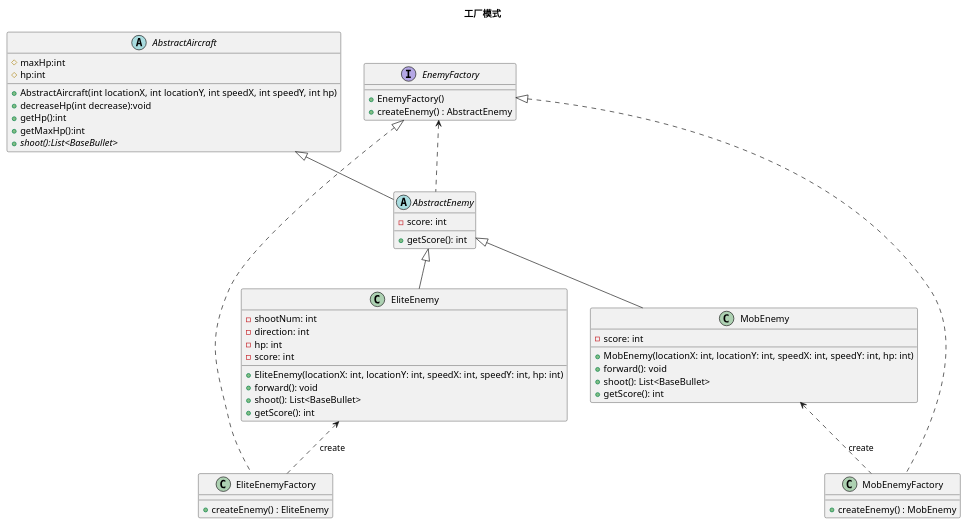
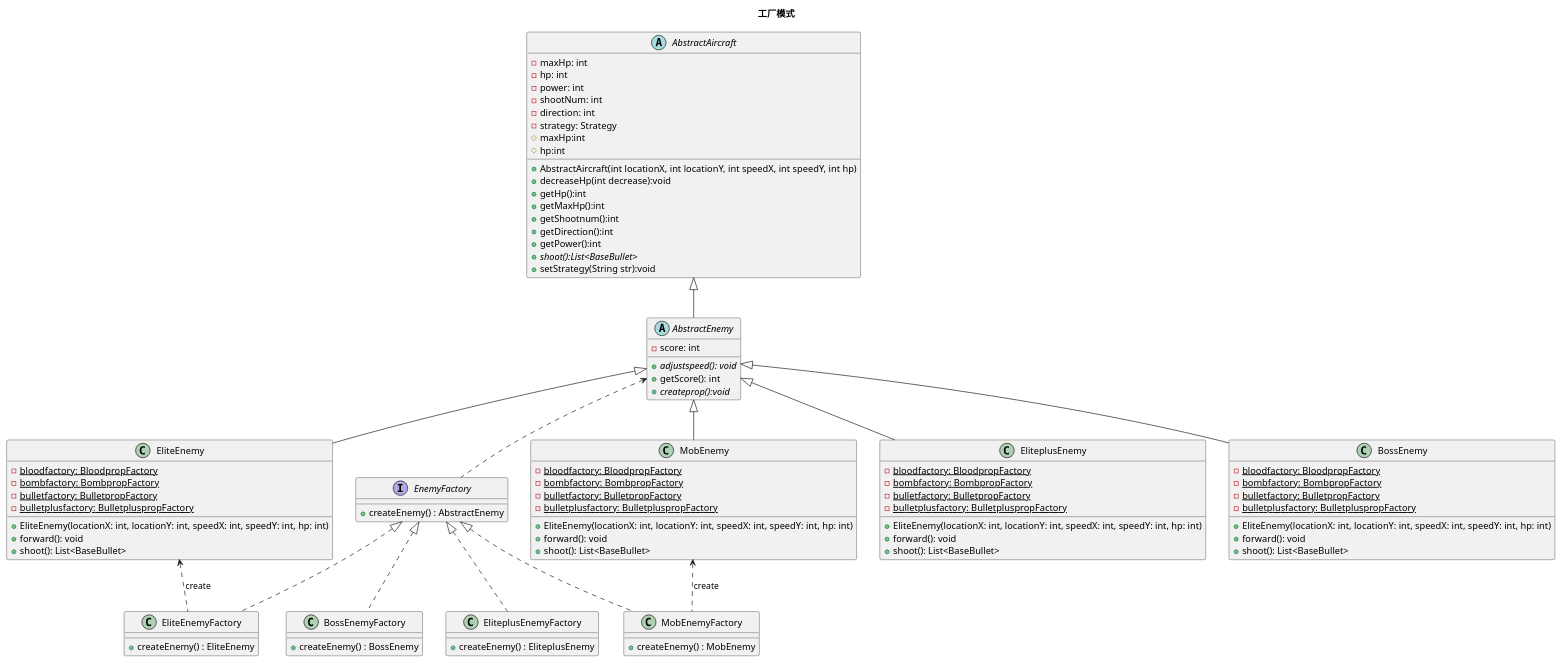
One commit to jangyicheng/Java-wargame changed the diagram in uml/enemyfactory.puml. Above: the diagram before and after it, drawn with PlantUML. The commit also changed 33 other files, not shown here.

```diff
--- a/uml/enemyfactory.puml
+++ b/uml/enemyfactory.puml
@@ -1,51 +1,88 @@
 @startuml
 'https://plantuml.com/class-diagram
 title 工厂模式
 abstract class AbstractAircraft
 {
+    -maxHp: int
+    -hp: int
+    -power: int
+    -shootNum: int
+    -direction: int
+    -strategy: Strategy
 	# maxHp:int
     # hp:int
     + AbstractAircraft(int locationX, int locationY, int speedX, int speedY, int hp)
     + decreaseHp(int decrease):void
     + getHp():int
     + getMaxHp():int
+    + getShootnum():int
+    +getDirection():int
+    + getPower():int
     + {abstract} shoot():List<BaseBullet>
+    + setStrategy(String str):void
  }
 
 abstract class AbstractEnemy extends AbstractAircraft {
   - score: int
-
+  + {abstract}adjustspeed(): void
   + getScore(): int
+  + {abstract} createprop():void
 }
 
 class EliteEnemy extends AbstractEnemy {
-  - shootNum: int
-  - direction: int
-  - hp: int
-  - score: int
+    -{static}bloodfactory: BloodpropFactory
+    -{static}bombfactory: BombpropFactory
+    -{static}bulletfactory: BulletpropFactory
+    -{static}bulletplusfactory: BulletpluspropFactory
   + EliteEnemy(locationX: int, locationY: int, speedX: int, speedY: int, hp: int)
   + forward(): void
   + shoot(): List<BaseBullet>
-  + getScore(): int
+}
+class EliteplusEnemy extends AbstractEnemy {
+    -{static}bloodfactory: BloodpropFactory
+    -{static}bombfactory: BombpropFactory
+    -{static}bulletfactory: BulletpropFactory
+    -{static}bulletplusfactory: BulletpluspropFactory
+  + EliteEnemy(locationX: int, locationY: int, speedX: int, speedY: int, hp: int)
+  + forward(): void
+  + shoot(): List<BaseBullet>
 }
 class MobEnemy extends AbstractEnemy {
-  - score: int
-  + MobEnemy(locationX: int, locationY: int, speedX: int, speedY: int, hp: int)
+    -{static}bloodfactory: BloodpropFactory
+    -{static}bombfactory: BombpropFactory
+    -{static}bulletfactory: BulletpropFactory
+    -{static}bulletplusfactory: BulletpluspropFactory
+  + EliteEnemy(locationX: int, locationY: int, speedX: int, speedY: int, hp: int)
   + forward(): void
   + shoot(): List<BaseBullet>
-  + getScore(): int
 }
+
+class BossEnemy extends AbstractEnemy{
+-{static}bloodfactory: BloodpropFactory
+    -{static}bombfactory: BombpropFactory
+    -{static}bulletfactory: BulletpropFactory
+    -{static}bulletplusfactory: BulletpluspropFactory
+  + EliteEnemy(locationX: int, locationY: int, speedX: int, speedY: int, hp: int)
+  + forward(): void
+  + shoot(): List<BaseBullet>
+}
+
 interface EnemyFactory {
-    +EnemyFactory()
     +createEnemy() : AbstractEnemy
 }
 class EliteEnemyFactory implements EnemyFactory{
     +createEnemy() : EliteEnemy
 }
 class MobEnemyFactory implements EnemyFactory{
     +createEnemy() : MobEnemy
 }
-EnemyFactory <.. AbstractEnemy
+class EliteplusEnemyFactory implements EnemyFactory{
+    +createEnemy() : EliteplusEnemy
+}
+class BossEnemyFactory implements EnemyFactory{
+    +createEnemy() : BossEnemy
+}
+AbstractEnemy<..EnemyFactory
 EliteEnemy<.. EliteEnemyFactory:create
 MobEnemy<.. MobEnemyFactory:create
 @enduml
```
